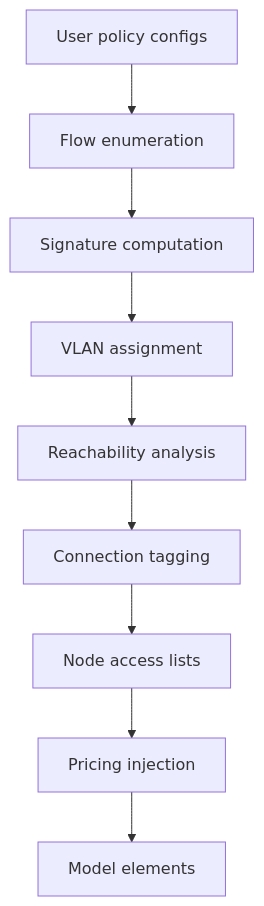
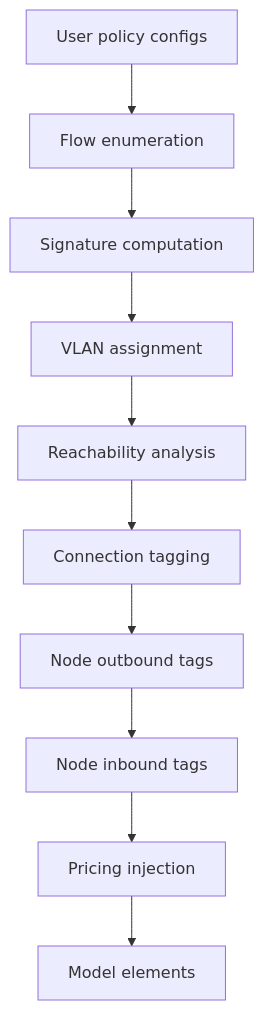
Before and after one commit to hass-energy/haeo: the diagram in docs/modeling/tagged-power.md, drawn with Mermaid. The commit also changed other lines of this file and 27 other files, not shown here.

````diff
--- a/docs/modeling/tagged-power.md
+++ b/docs/modeling/tagged-power.md
@@ -124,11 +124,12 @@
 ```mermaid
 graph TD
     A[User policy configs] --> B[Flow enumeration]
     B --> C[Signature computation]
     C --> D[VLAN assignment]
     D --> E[Reachability analysis]
     E --> F[Connection tagging]
-    F --> G[Node access lists]
-    G --> H[Pricing injection]
-    H --> I[Model elements]
+    F --> G[Node outbound tags]
+    G --> H[Node inbound tags]
+    H --> I[Pricing injection]
+    I --> J[Model elements]
 ```
````
